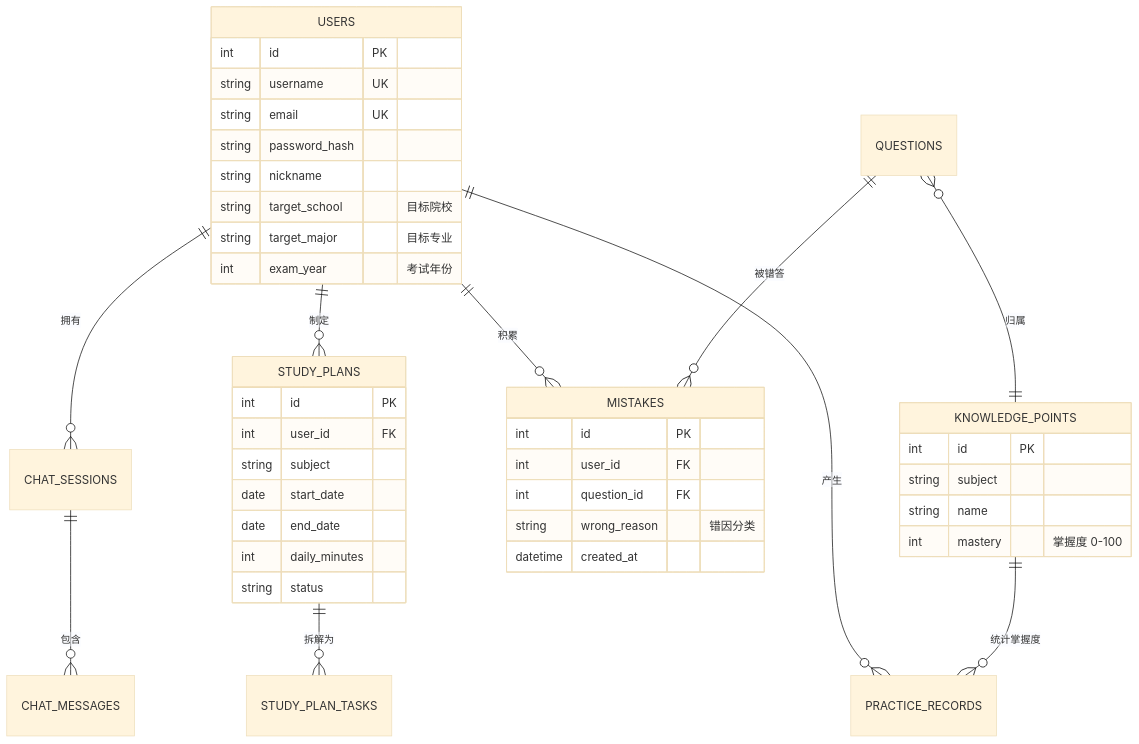
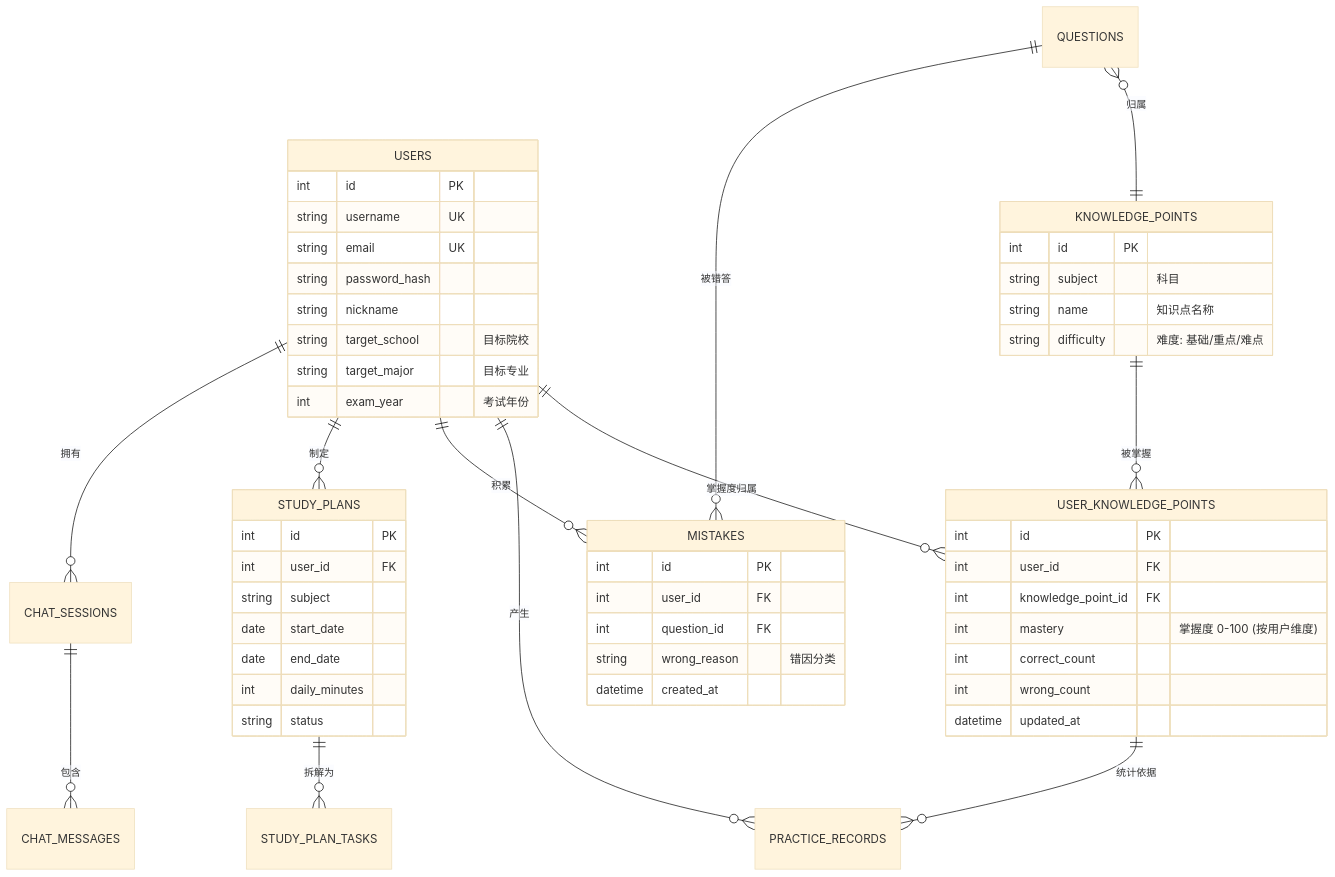
One commit to HeyanAdam/SoftwareEngineeringGroup4 changed diagram 26 of 28 in docs/DIAGRAMS.md. Above: the diagram before and after it, drawn with Mermaid (base theme). The commit also changed other lines of this file and 2 other files, not shown here.

````diff
--- a/docs/DIAGRAMS.md
+++ b/docs/DIAGRAMS.md
@@ -915,45 +916,56 @@
 ```mermaid
 erDiagram
     USERS ||--o{ CHAT_SESSIONS : "拥有"
     USERS ||--o{ STUDY_PLANS : "制定"
     USERS ||--o{ MISTAKES : "积累"
     USERS ||--o{ PRACTICE_RECORDS : "产生"
+    USERS ||--o{ USER_KNOWLEDGE_POINTS : "掌握度归属"
     CHAT_SESSIONS ||--o{ CHAT_MESSAGES : "包含"
     STUDY_PLANS ||--o{ STUDY_PLAN_TASKS : "拆解为"
     QUESTIONS ||--o{ MISTAKES : "被错答"
     QUESTIONS }o--|| KNOWLEDGE_POINTS : "归属"
-    KNOWLEDGE_POINTS ||--o{ PRACTICE_RECORDS : "统计掌握度"
+    KNOWLEDGE_POINTS ||--o{ USER_KNOWLEDGE_POINTS : "被掌握"
+    USER_KNOWLEDGE_POINTS ||--o{ PRACTICE_RECORDS : "统计依据"
 
     USERS {
         int id PK
         string username UK
         string email UK
         string password_hash
         string nickname
         string target_school "目标院校"
         string target_major "目标专业"
         int exam_year "考试年份"
     }
     STUDY_PLANS {
         int id PK
         int user_id FK
         string subject
         date start_date
         date end_date
         int daily_minutes
         string status
     }
     MISTAKES {
         int id PK
         int user_id FK
         int question_id FK
         string wrong_reason "错因分类"
         datetime created_at
     }
     KNOWLEDGE_POINTS {
         int id PK
-        string subject
-        string name
-        int mastery "掌握度 0-100"
+        string subject "科目"
+        string name "知识点名称"
+        string difficulty "难度: 基础/重点/难点"
+    }
+    USER_KNOWLEDGE_POINTS {
+        int id PK
+        int user_id FK
+        int knowledge_point_id FK
+        int mastery "掌握度 0-100 (按用户维度)"
+        int correct_count
+        int wrong_count
+        datetime updated_at
     }
 ```
````
